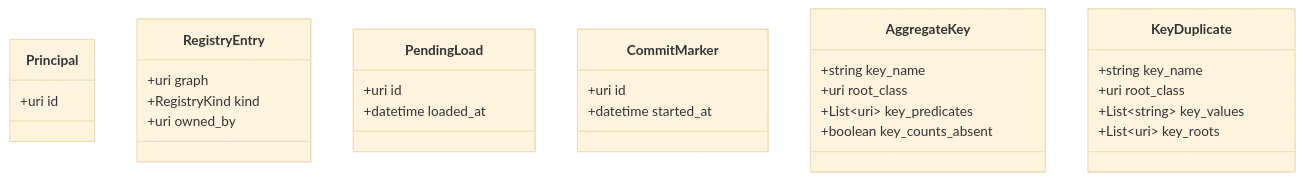
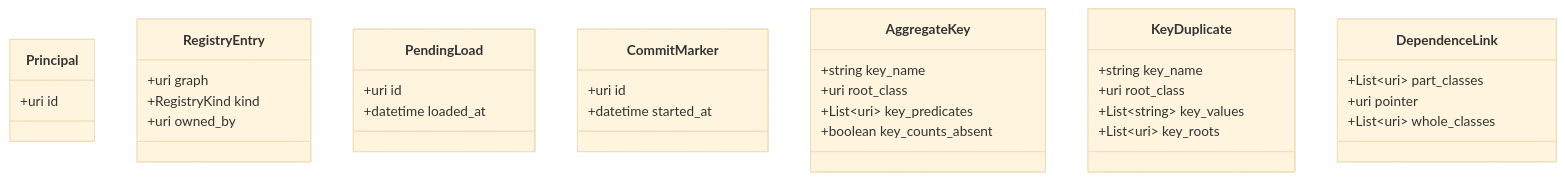
The diagram in docs/modules/ROOT/partials/model/rp_core.mmd (meaningfy-ws/rdf-persistence), drawn with Mermaid (base theme) before and after one commit. The commit also changed 105 other files, not shown here.

First line of the commit message:
feat(schema): read dependence links, and a toy with dependent parts

```diff
--- a/docs/modules/ROOT/partials/model/rp_core.mmd
+++ b/docs/modules/ROOT/partials/model/rp_core.mmd
@@ -1,29 +1,34 @@
 classDiagram
     class Principal {
         +uri id
     }
     class RegistryEntry {
         +uri graph
         +RegistryKind kind
         +uri owned_by
     }
     class PendingLoad {
         +uri id
         +datetime loaded_at
     }
     class CommitMarker {
         +uri id
         +datetime started_at
     }
     class AggregateKey {
         +string key_name
         +uri root_class
         +List~uri~ key_predicates
         +boolean key_counts_absent
     }
     class KeyDuplicate {
         +string key_name
         +uri root_class
         +List~string~ key_values
         +List~uri~ key_roots
     }
+    class DependenceLink {
+        +List~uri~ part_classes
+        +uri pointer
+        +List~uri~ whole_classes
+    }
```
